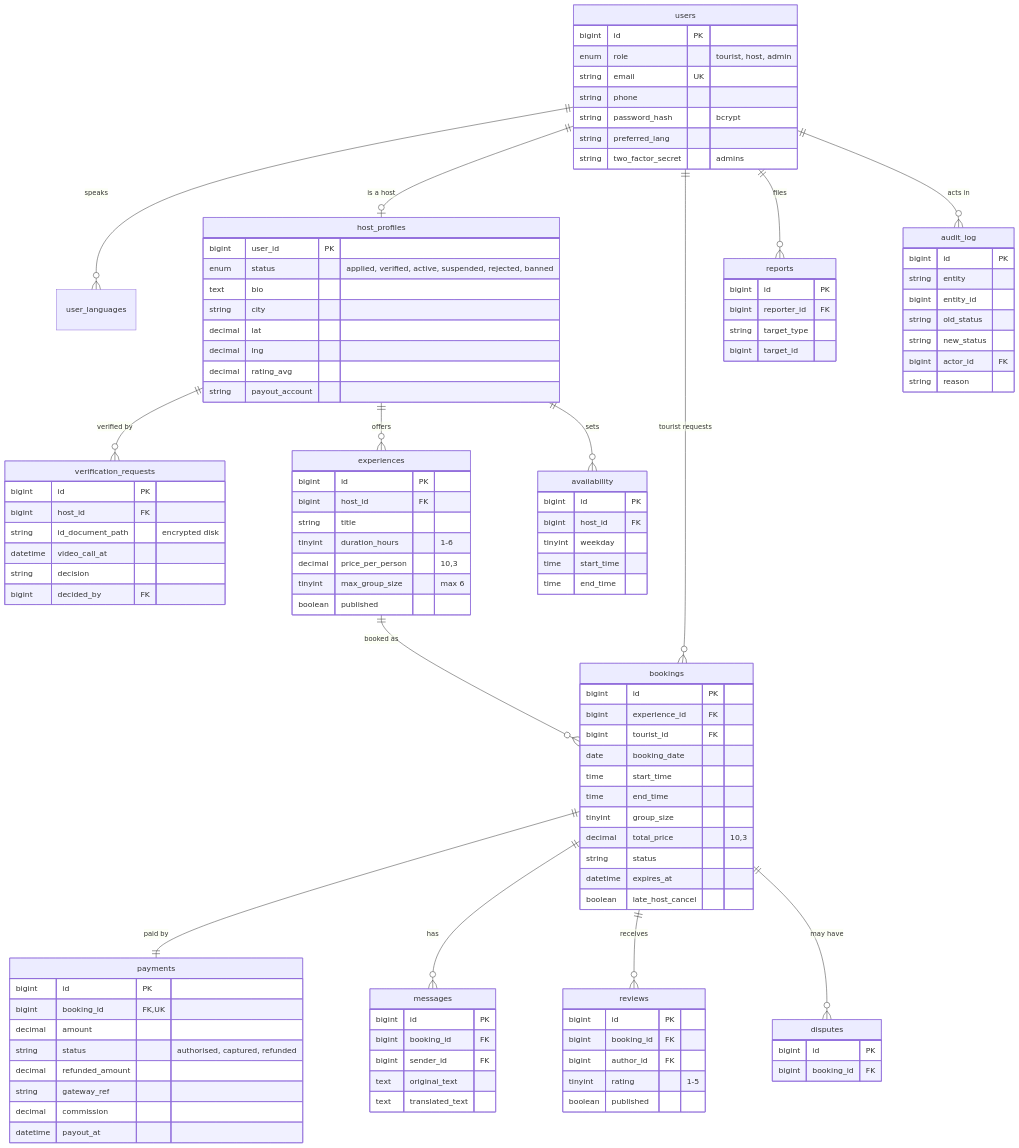
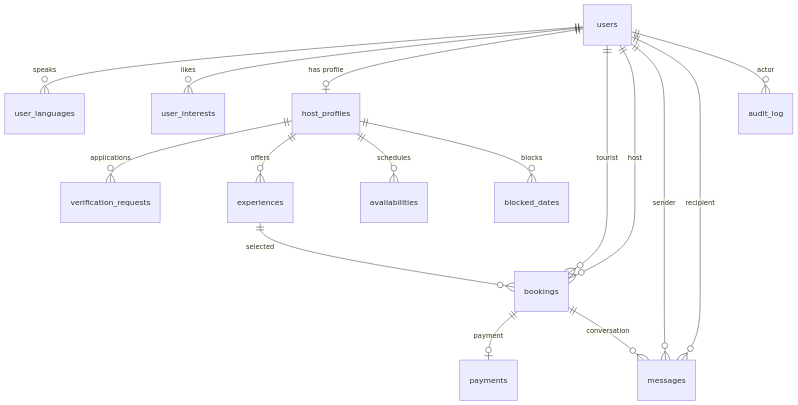
The second of 2 diagrams in docs/architecture.md (nourbouzir/Ahla), drawn with Mermaid before and after one commit. The commit also changed other lines of this file and 82 other files, not shown here.

````diff
--- a/docs/architecture.md
+++ b/docs/architecture.md
@@ -154,116 +109,18 @@
 ```mermaid
 erDiagram
     users ||--o{ user_languages : speaks
-    users ||--o| host_profiles : "is a host"
-    host_profiles ||--o{ verification_requests : "verified by"
+    users ||--o{ user_interests : likes
+    users ||--o| host_profiles : "has profile"
+    host_profiles ||--o{ verification_requests : applications
     host_profiles ||--o{ experiences : offers
-    host_profiles ||--o{ availability : sets
-    users ||--o{ bookings : "tourist requests"
-    experiences ||--o{ bookings : "booked as"
-    bookings ||--|| payments : "paid by"
-    bookings ||--o{ messages : has
-    bookings ||--o{ reviews : receives
-    bookings ||--o{ disputes : "may have"
-    users ||--o{ reports : files
-    users ||--o{ audit_log : "acts in"
-
-    users {
-        bigint id PK
-        enum role "tourist, host, admin"
-        string email UK
-        string phone
-        string password_hash "bcrypt"
-        string preferred_lang
-        string two_factor_secret "admins"
-    }
-    host_profiles {
-        bigint user_id PK
-        enum status "applied, verified, active, suspended, rejected, banned"
-        text bio
-        string city
-        decimal lat
-        decimal lng
-        decimal rating_avg
-        string payout_account
-    }
-    verification_requests {
-        bigint id PK
-        bigint host_id FK
-        string id_document_path "encrypted disk"
-        datetime video_call_at
-        string decision
-        bigint decided_by FK
-    }
-    experiences {
-        bigint id PK
-        bigint host_id FK
-        string title
-        tinyint duration_hours "1-6"
-        decimal price_per_person "10,3"
-        tinyint max_group_size "max 6"
-        boolean published
-    }
-    availability {
-        bigint id PK
-        bigint host_id FK
-        tinyint weekday
-        time start_time
-        time end_time
-    }
-    bookings {
-        bigint id PK
-        bigint experience_id FK
-        bigint tourist_id FK
-        date booking_date
-        time start_time
-        time end_time
-        tinyint group_size
-        decimal total_price "10,3"
-        string status
-        datetime expires_at
-        boolean late_host_cancel
-    }
-    payments {
-        bigint id PK
-        bigint booking_id FK, UK
-        decimal amount
-        string status "authorised, captured, refunded"
-        decimal refunded_amount
-        string gateway_ref
-        decimal commission
-        datetime payout_at
-    }
-    messages {
-        bigint id PK
-        bigint booking_id FK
-        bigint sender_id FK
-        text original_text
-        text translated_text
-    }
-    reviews {
-        bigint id PK
-        bigint booking_id FK
-        bigint author_id FK
-        tinyint rating "1-5"
-        boolean published
-    }
-    disputes {
-        bigint id PK
-        bigint booking_id FK
-    }
-    reports {
-        bigint id PK
-        bigint reporter_id FK
-        string target_type
-        bigint target_id
-    }
-    audit_log {
-        bigint id PK
-        string entity
-        bigint entity_id
-        string old_status
-        string new_status
-        bigint actor_id FK
-        string reason
-    }
+    host_profiles ||--o{ availabilities : schedules
+    host_profiles ||--o{ blocked_dates : blocks
+    users ||--o{ bookings : tourist
+    users ||--o{ bookings : host
+    experiences ||--o{ bookings : selected
+    bookings ||--o| payments : payment
+    bookings ||--o{ messages : conversation
+    users ||--o{ messages : sender
+    users ||--o{ messages : recipient
+    users ||--o{ audit_log : actor
 ```
````
